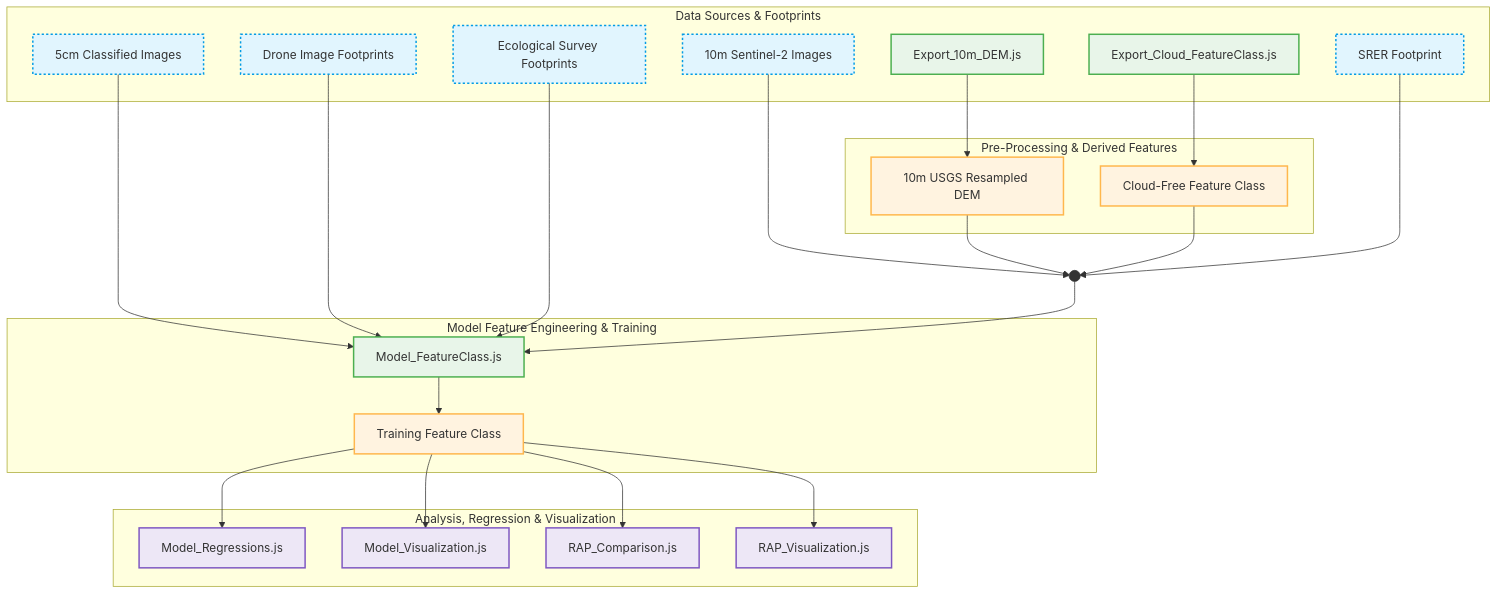
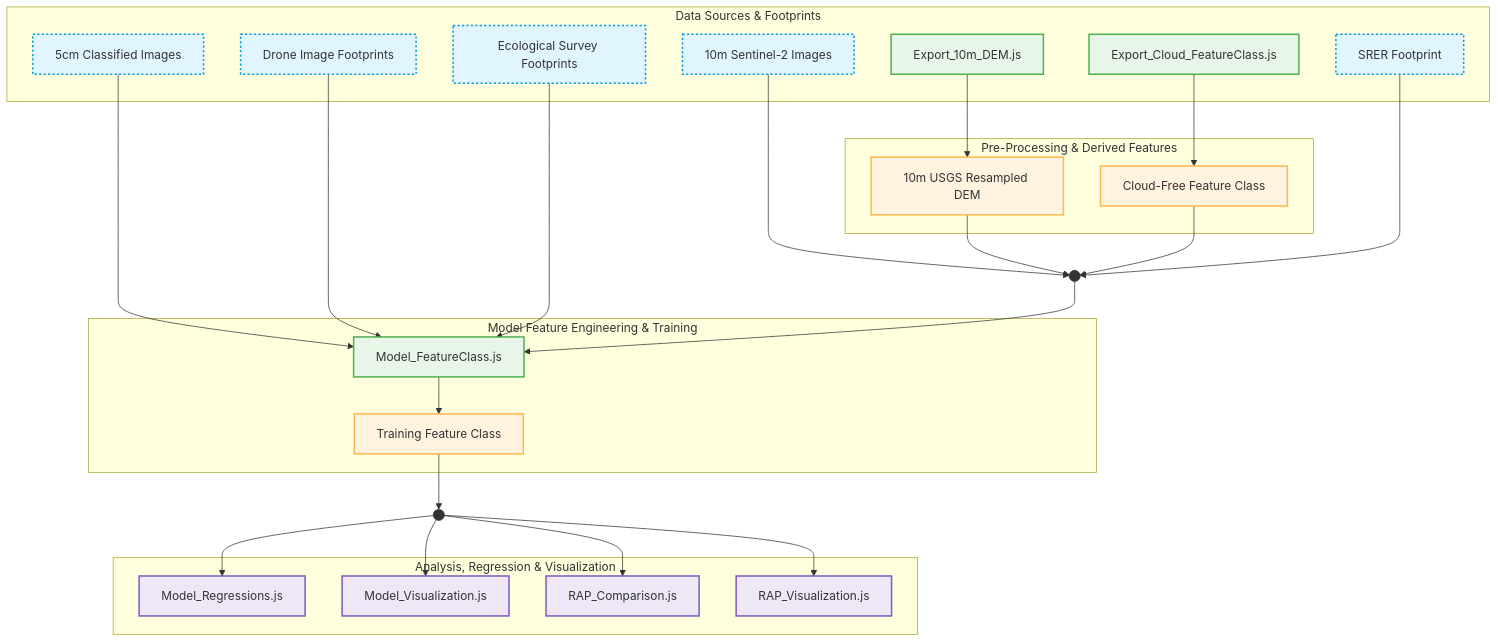
The diagram in README.md (afullhart/SantaRita), drawn with Mermaid before and after one commit.

```diff
--- a/README.md
+++ b/README.md
@@ -26,9 +26,10 @@
         P2["Cloud-Free Feature Class"]
     end
 
-    %% --- THE NEW JOINT J1 ---
-    %% This node is outside of all subgraphs to be in the shared space.
+    %% --- JOINTS ---
+    %% These nodes are outside of subgraphs to be in the shared space.
     J1(( )):::junction
+    J2(( )):::junction
 
     %% --- LEVEL 3: FEATURE ENGINEERING & TRAINING (Moved Left) ---
     subgraph CoreModel [Model Feature Engineering & Training]
@@ -54,23 +55,26 @@
     S1 --> P1
     S2 --> P2
 
-    %% --- INPUTS TO THE NEW JOINT ---
+    %% --- INPUTS TO THE FIRST JOINT ---
     I4 --> J1
     P1 --> J1
     P2 --> J1
     I5 --> J1
 
-    %% JOINT TO FEATURE CLASS SCRIPT
+    %% JOINT 1 TO FEATURE CLASS SCRIPT
     J1 --> S3
 
     %% Feature generation to training data
     S3 --> T1
 
-    %% Training data feeding downstream scripts
-    T1 --> O1
-    T1 --> O2
-    T1 --> O3
-    T1 --> O4
+    %% --- TRAINING DATA TO SECOND JOINT ---
+    T1 --> J2
+
+    %% --- JOINT 2 TO DOWNSTREAM SCRIPTS ---
+    J2 --> O1
+    J2 --> O2
+    J2 --> O3
+    J2 --> O4
 
     %% Assigning Classes for Visual Distinction
     class I1,I2,I3,I4,I5 input;
```
